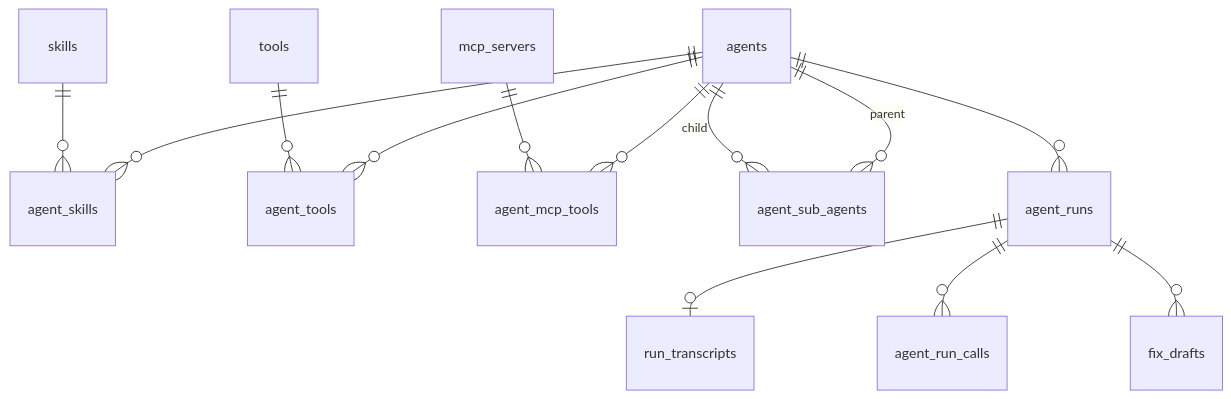
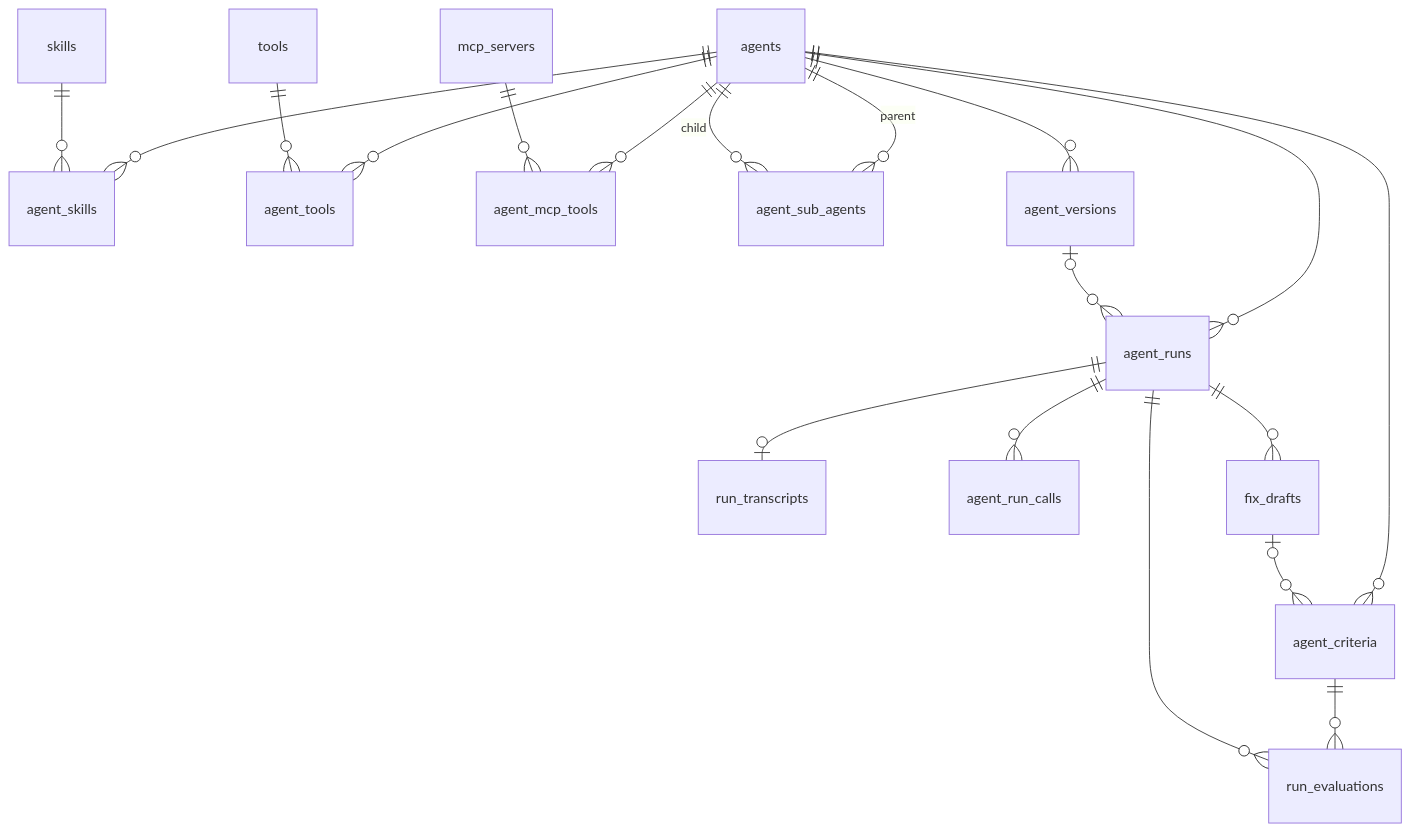
The diagram in docs/ARCHITECTURE.md (contedenis/agentlathe), drawn with Mermaid before and after one commit. The commit also changed other lines of this file and 116 other files, not shown here.

````diff
--- a/docs/ARCHITECTURE.md
+++ b/docs/ARCHITECTURE.md
@@ -43,15 +46,21 @@
 ```mermaid
 erDiagram
     agents ||--o{ agent_skills : ""
     skills ||--o{ agent_skills : ""
     agents ||--o{ agent_tools : ""
     tools ||--o{ agent_tools : ""
     agents ||--o{ agent_mcp_tools : ""
     mcp_servers ||--o{ agent_mcp_tools : ""
     agents ||--o{ agent_sub_agents : "parent"
     agents ||--o{ agent_sub_agents : "child"
     agents ||--o{ agent_runs : ""
+    agents ||--o{ agent_versions : ""
+    agent_versions |o--o{ agent_runs : ""
     agent_runs ||--o| run_transcripts : ""
     agent_runs ||--o{ agent_run_calls : ""
     agent_runs ||--o{ fix_drafts : ""
+    agents ||--o{ agent_criteria : ""
+    fix_drafts |o--o{ agent_criteria : ""
+    agent_criteria ||--o{ run_evaluations : ""
+    agent_runs ||--o{ run_evaluations : ""
 ```
````
